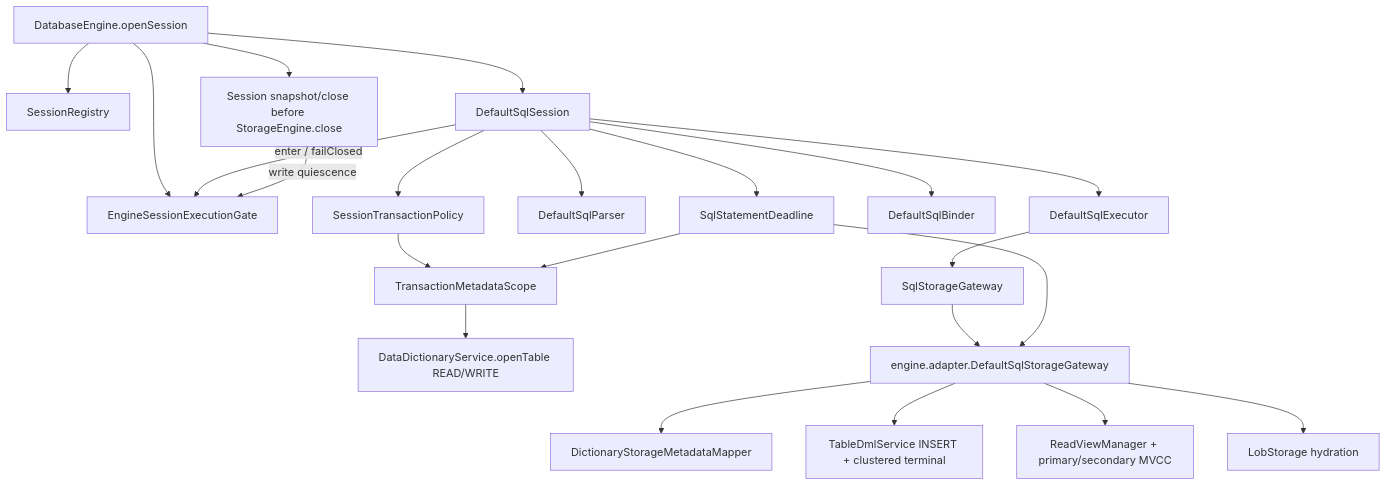
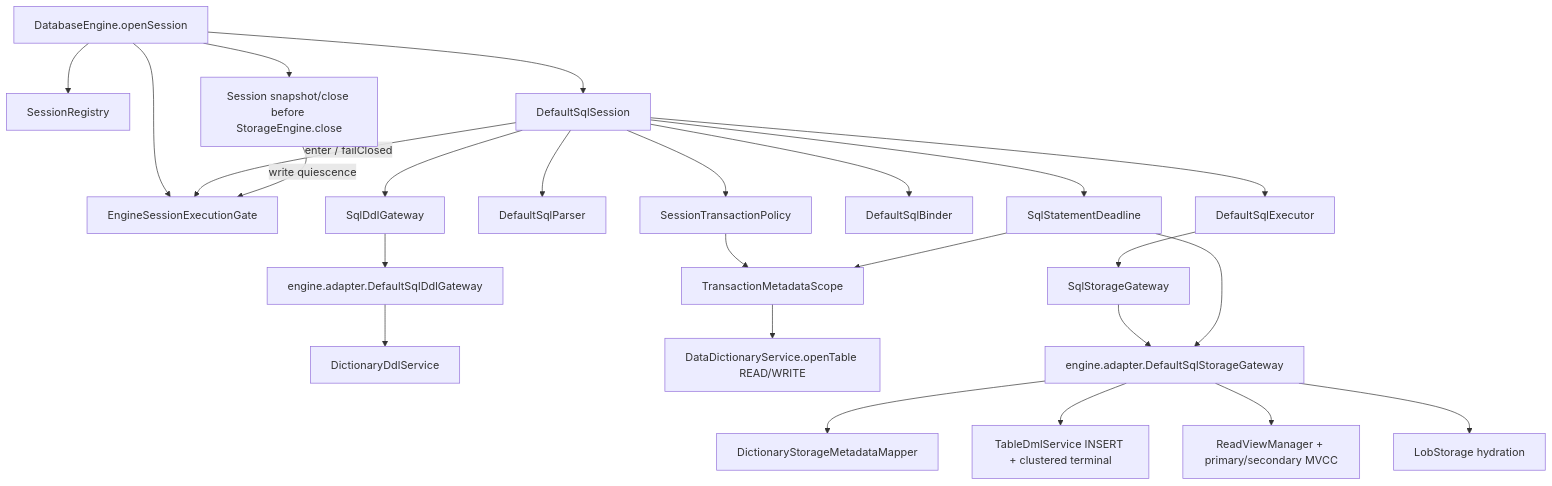
Before and after one commit to mywnlb/dbtest: diagram 11 of 11 in docs/design/current-implementation-map.md, drawn with Mermaid. The commit also changed other lines of this file and 219 other files, not shown here.

````diff
--- a/docs/design/current-implementation-map.md
+++ b/docs/design/current-implementation-map.md
@@ -671,24 +695,27 @@
 ```mermaid
 flowchart TD
   Engine["DatabaseEngine.openSession"] --> Registry["SessionRegistry"]
   Engine --> Session["DefaultSqlSession"]
   Engine --> Gate["EngineSessionExecutionGate"]
   Session -->|"enter / failClosed"| Gate
   Session --> Deadline["SqlStatementDeadline"]
   Session --> Parser["DefaultSqlParser"]
   Session --> Policy["SessionTransactionPolicy"]
   Session --> Binder["DefaultSqlBinder"]
   Session --> Executor["DefaultSqlExecutor"]
+  Session --> DdlPort["SqlDdlGateway"]
+  DdlPort --> DdlAdapter["engine.adapter.DefaultSqlDdlGateway"]
+  DdlAdapter --> Ddl["DictionaryDdlService"]
   Policy --> Metadata["TransactionMetadataScope"]
   Deadline --> Metadata
   Metadata --> DD["DataDictionaryService.openTable READ/WRITE"]
   Executor --> Port["SqlStorageGateway"]
   Port --> Adapter["engine.adapter.DefaultSqlStorageGateway"]
   Deadline --> Adapter
   Adapter --> Mapper["DictionaryStorageMetadataMapper"]
   Adapter --> DML["TableDmlService INSERT + clustered terminal"]
   Adapter --> MVCC["ReadViewManager + primary/secondary MVCC"]
   Adapter --> LOB["LobStorage hydration"]
   Engine --> Close["Session snapshot/close before StorageEngine.close"]
   Close -->|"write quiescence"| Gate
 ```
````
